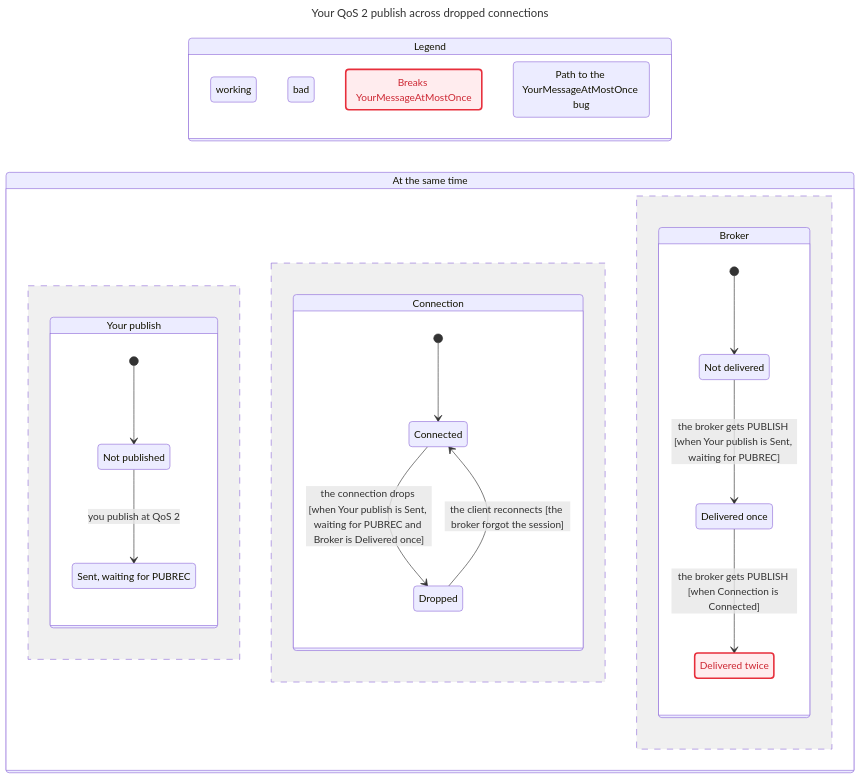
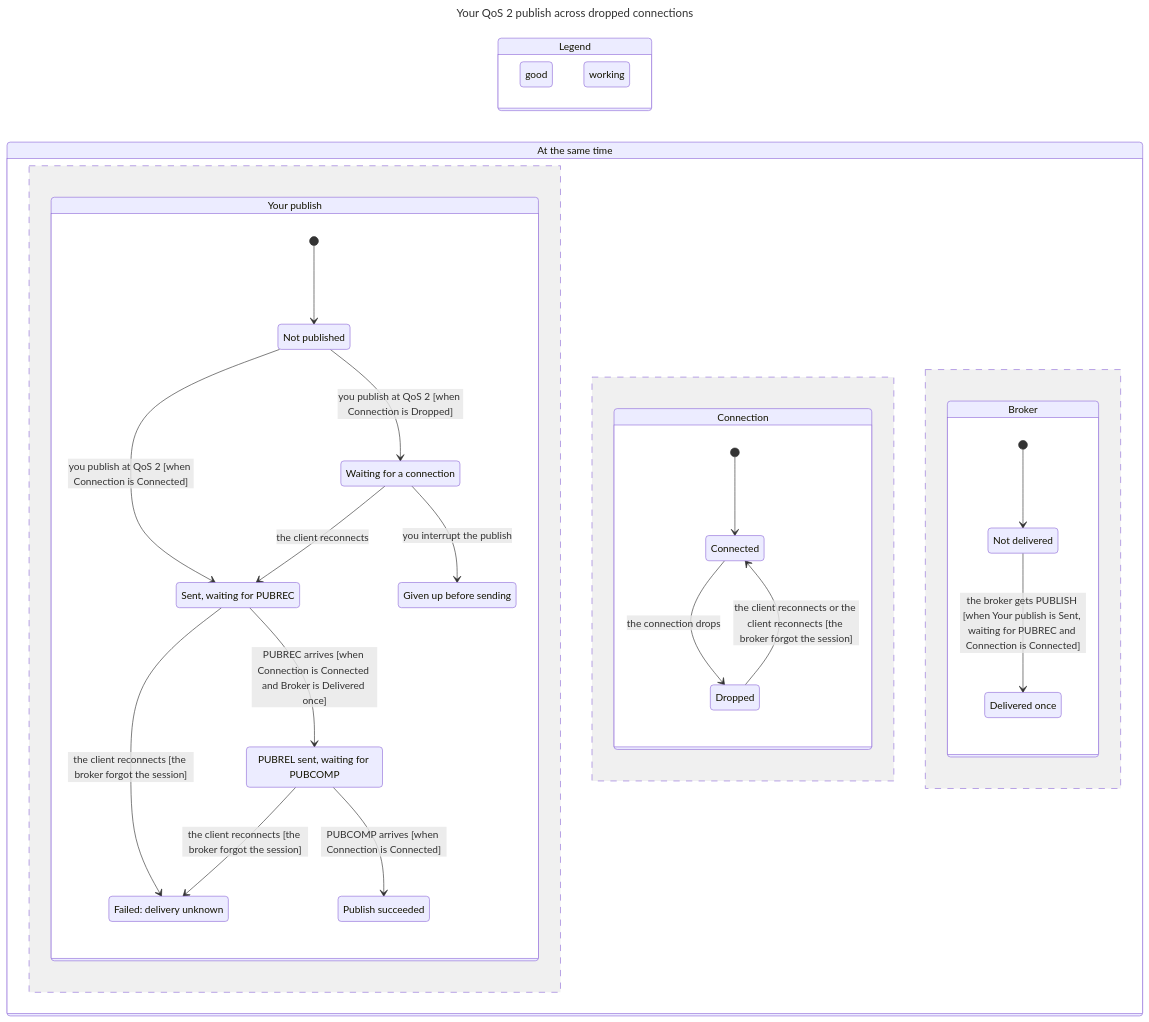
Before and after one commit to PrintHive/mqtt: the diagram in formal/session/SessionForgotten.mmd, drawn with Mermaid. The commit also changed 14 other files, not shown here.

```diff
--- a/formal/session/SessionForgotten.mmd
+++ b/formal/session/SessionForgotten.mmd
@@ -1,54 +1,54 @@
 ---
 title: "Your QoS 2 publish across dropped connections"
 ---
 stateDiagram-v2
   direction LR
   state "Legend" as legend {
-    lg0: working
-    lg1: bad
-    lg2: Breaks YourMessageAtMostOnce
-    lg3: Path to the YourMessageAtMostOnce bug
+    lg0: good
+    lg1: working
   }
-  class lg0 blue
-  class lg1 orange
-  class lg2 breaks
-  class lg3 bugPath
+  class lg0 teal
+  class lg1 blue
   state "At the same time" as all {
     state "Your publish" as r0 {
       s0: Not published
       s1: Sent, waiting for PUBREC
+      s2: Waiting for a connection
+      s3: Given up before sending
+      s4: PUBREL sent, waiting for PUBCOMP
+      s5: Failed: delivery unknown
+      s6: Publish succeeded
       [*] --> s0
-      s0 --> s1: you publish at QoS 2
+      s0 --> s1: you publish at QoS 2 [when Connection is Connected]
+      s0 --> s2: you publish at QoS 2 [when Connection is Dropped]
+      s2 --> s3: you interrupt the publish
+      s2 --> s1: the client reconnects
+      s1 --> s4: PUBREC arrives [when Connection is Connected and Broker is Delivered once]
+      s1 --> s5: the client reconnects [the broker forgot the session]
+      s4 --> s6: PUBCOMP arrives [when Connection is Connected]
+      s4 --> s5: the client reconnects [the broker forgot the session]
     }
     --
     state "Connection" as r1 {
-      s2: Connected
-      s3: Dropped
-      [*] --> s2
-      s2 --> s3: the connection drops [when Your publish is Sent, waiting for PUBREC and Broker is Delivered once]
-      s3 --> s2: the client reconnects [the broker forgot the session]
+      s7: Connected
+      s8: Dropped
+      [*] --> s7
+      s7 --> s8: the connection drops
+      s8 --> s7: the client reconnects or the client reconnects [the broker forgot the session]
     }
     --
     state "Broker" as r2 {
-      s4: Not delivered
-      s5: Delivered once
-      s6: Delivered twice
-      [*] --> s4
-      s4 --> s5: the broker gets PUBLISH [when Your publish is Sent, waiting for PUBREC]
-      s5 --> s6: the broker gets PUBLISH [when Connection is Connected]
+      s9: Not delivered
+      s10: Delivered once
+      [*] --> s9
+      s9 --> s10: the broker gets PUBLISH [when Your publish is Sent, waiting for PUBREC and Connection is Connected]
     }
   }
-  classDef breaks fill:#ffecee,stroke:#e72e3b,stroke-width:2.5px,color:#cd2834
   class s0 blue
-  class s0 bugPath
-  class s1 bugPath
-  class s2 bugPath
+  class s1 blue
+  class s2 blue
   class s3 blue
-  class s3 bugPath
   class s4 blue
-  class s4 bugPath
   class s5 blue
-  class s5 bugPath
-  class s6 orange
-  class s6 breaks
-  class s6 bugPath
+  class s6 teal
+  class s9 blue
```
